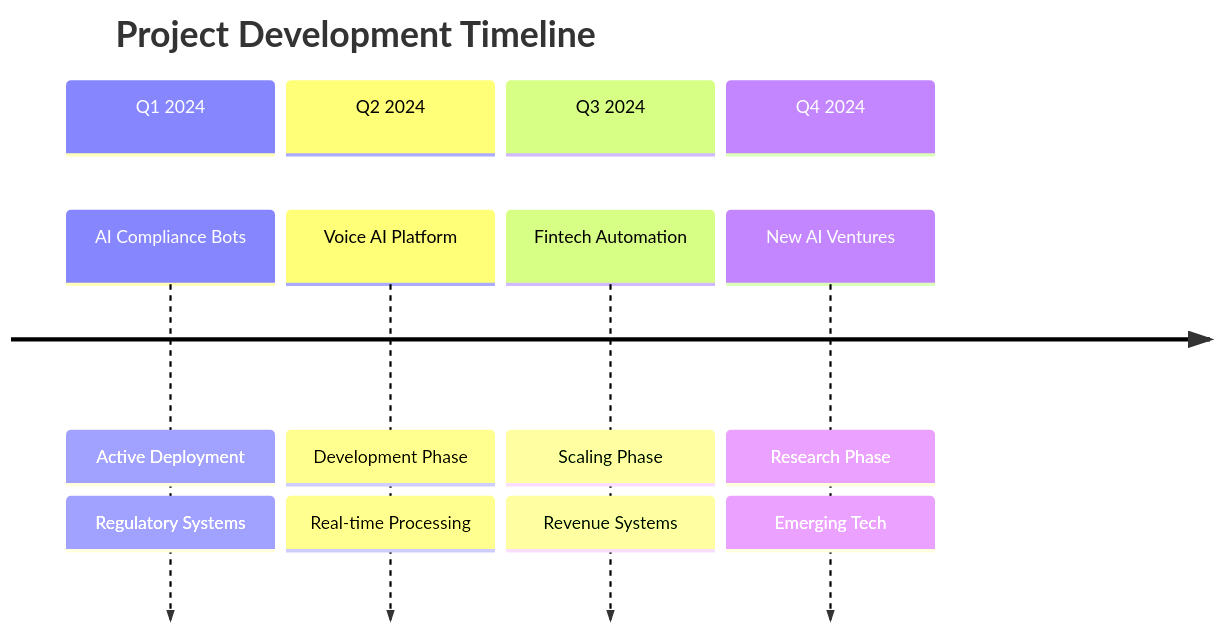
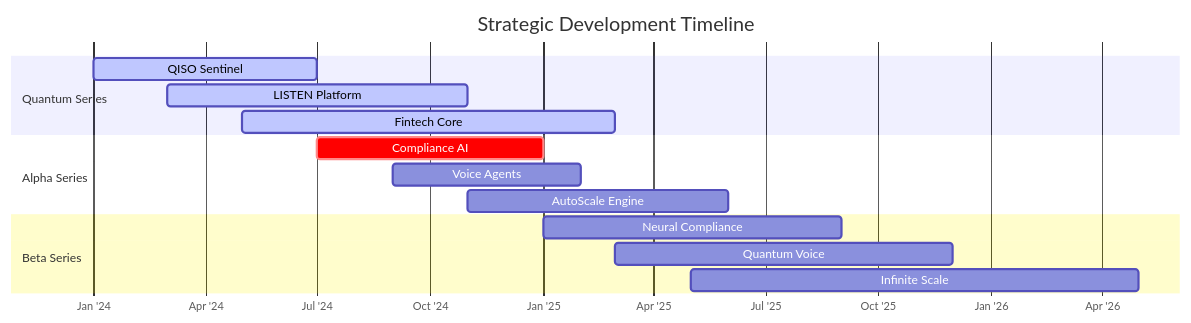
Before and after one commit to wallaceokeke/wallaceokeke: the second of 3 diagrams in README.md, drawn with Mermaid. The commit also changed other lines of this file, not shown here.

````diff
--- a/README.md
+++ b/README.md
@@ -140,16 +108,21 @@
 ```mermaid
-timeline
-    title Project Development Timeline
-    section Q1 2024
-        AI Compliance Bots : Active Deployment
-        : Regulatory Systems
-    section Q2 2024
-        Voice AI Platform : Development Phase
-        : Real-time Processing
-    section Q3 2024
-        Fintech Automation : Scaling Phase
-        : Revenue Systems
-    section Q4 2024
-        New AI Ventures : Research Phase
-        : Emerging Tech
+gantt
+    title Strategic Development Timeline
+    dateFormat  YYYY-MM
+    axisFormat  %b '%y
+    
+    section Quantum Series
+    QISO Sentinel      :active, 2024-01, 6M
+    LISTEN Platform    :active, 2024-03, 8M
+    Fintech Core       :active, 2024-05, 10M
+    
+    section Alpha Series
+    Compliance AI      :crit, 2024-07, 6M
+    Voice Agents       :2024-09, 5M
+    AutoScale Engine   :2024-11, 7M
+    
+    section Beta Series
+    Neural Compliance  :2025-01, 8M
+    Quantum Voice      :2025-03, 9M
+    Infinite Scale     :2025-05, 12M
 ```
````
